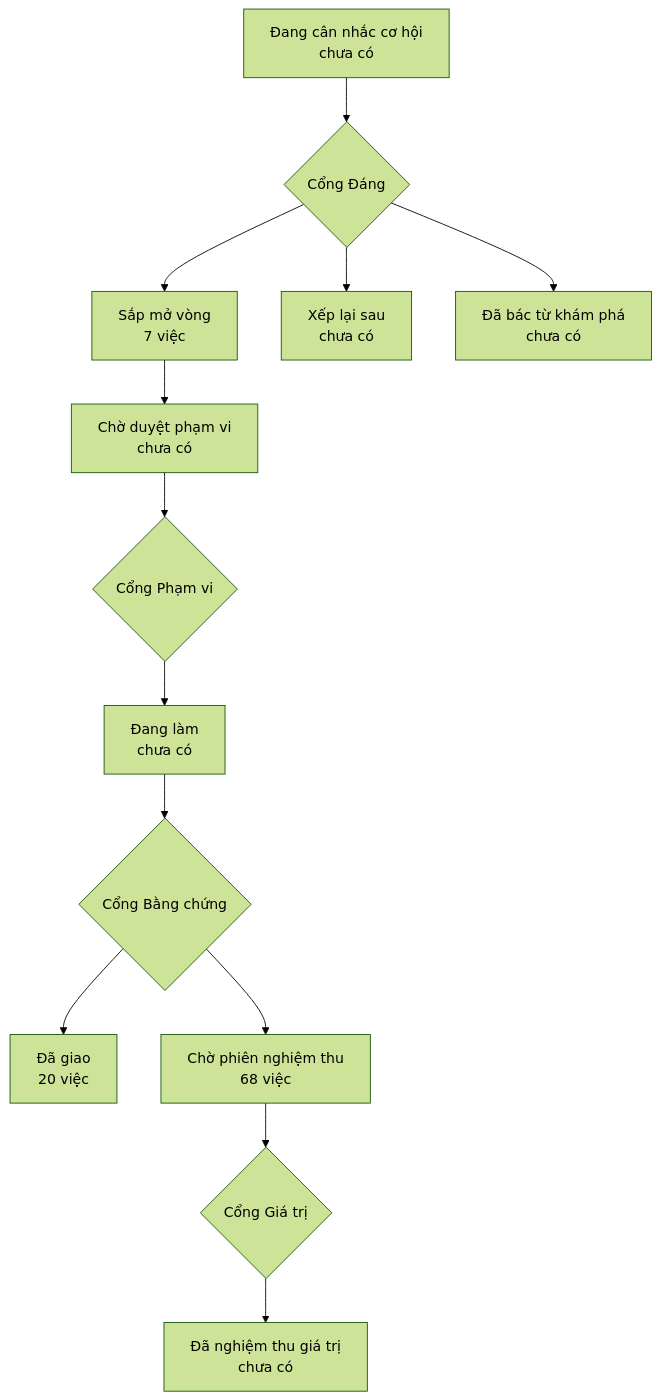
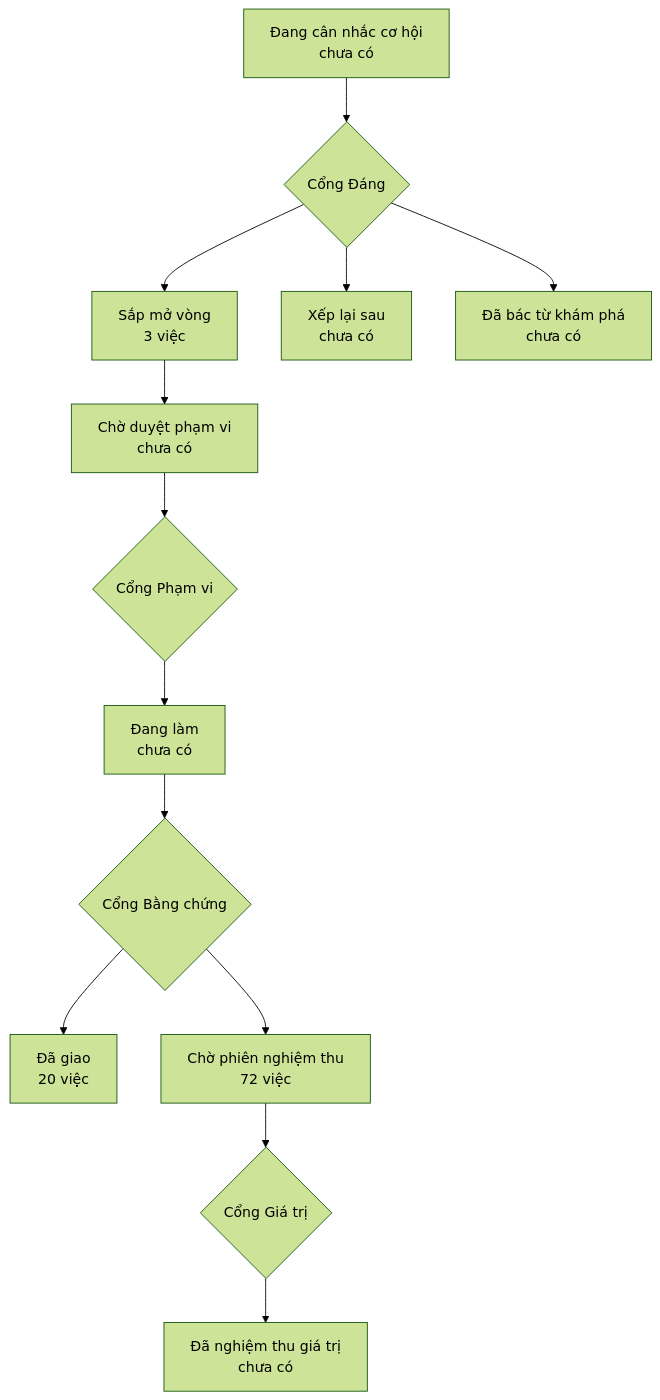
Before and after one commit to phanlemanh/onehub-quy-hang: the diagram in PRODUCT-MAP.md, drawn with Mermaid (forest theme). The commit also changed 1 other file, not shown here.

Commit message:
chore: vẽ lại bản đồ sản phẩm và lộ trình sau khi gộp main

````diff
--- a/PRODUCT-MAP.md
+++ b/PRODUCT-MAP.md
@@ -7,12 +7,12 @@
 ```mermaid
 flowchart TD
   A["Đang cân nhắc cơ hội<br/>chưa có"] --> GD{"Cổng Đáng"}
-  GD --> B["Sắp mở vòng<br/>7 việc"]
+  GD --> B["Sắp mở vòng<br/>3 việc"]
   GD --> XL["Xếp lại sau<br/>chưa có"]
   GD --> DB["Đã bác từ khám phá<br/>chưa có"]
   B --> CD["Chờ duyệt phạm vi<br/>chưa có"] --> GP{"Cổng Phạm vi"}
   GP --> DL["Đang làm<br/>chưa có"] --> GB{"Cổng Bằng chứng"}
   GB --> DG["Đã giao<br/>20 việc"]
-  GB --> CN["Chờ phiên nghiệm thu<br/>68 việc"] --> GG{"Cổng Giá trị"}
+  GB --> CN["Chờ phiên nghiệm thu<br/>72 việc"] --> GG{"Cổng Giá trị"}
   GG --> NT["Đã nghiệm thu giá trị<br/>chưa có"]
 ```
````
